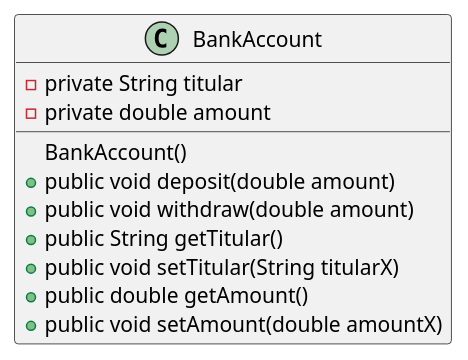
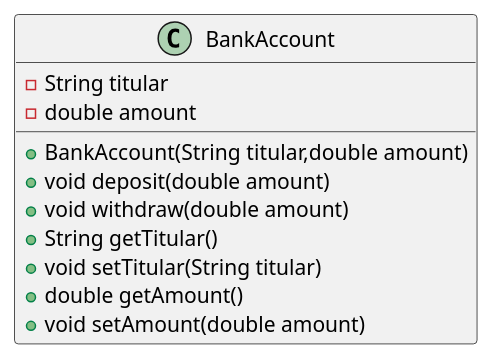
One commit to FernandoWilliam26/progra2-22-23 changed the diagram in plantUML/BankAccount.puml. Above: the diagram before and after it, drawn with PlantUML. The commit also changed 1 other file, not shown here.

```diff
--- a/plantUML/BankAccount.puml
+++ b/plantUML/BankAccount.puml
@@ -1,13 +1,13 @@
 @startuml
 class BankAccount {
--private String titular
--private double amount
-BankAccount()
-+public void deposit(double amount)
-+public void withdraw(double amount)
-+public String getTitular()
-+public void setTitular(String titularX)
-+public double getAmount()
-+public void setAmount(double amountX)
+-String titular
+-double amount
++BankAccount(String titular,double amount)
++void deposit(double amount)
++void withdraw(double amount)
++String getTitular()
++void setTitular(String titular)
++double getAmount()
++void setAmount(double amount)
 }
 @enduml
```
